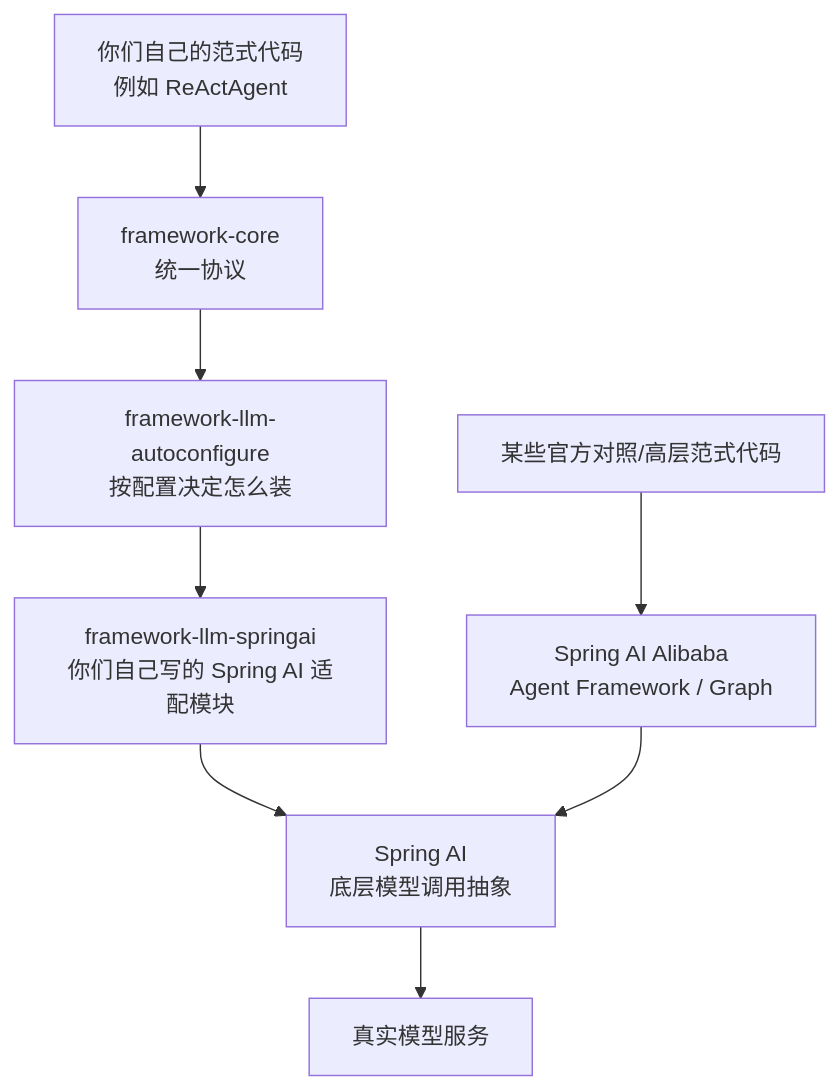
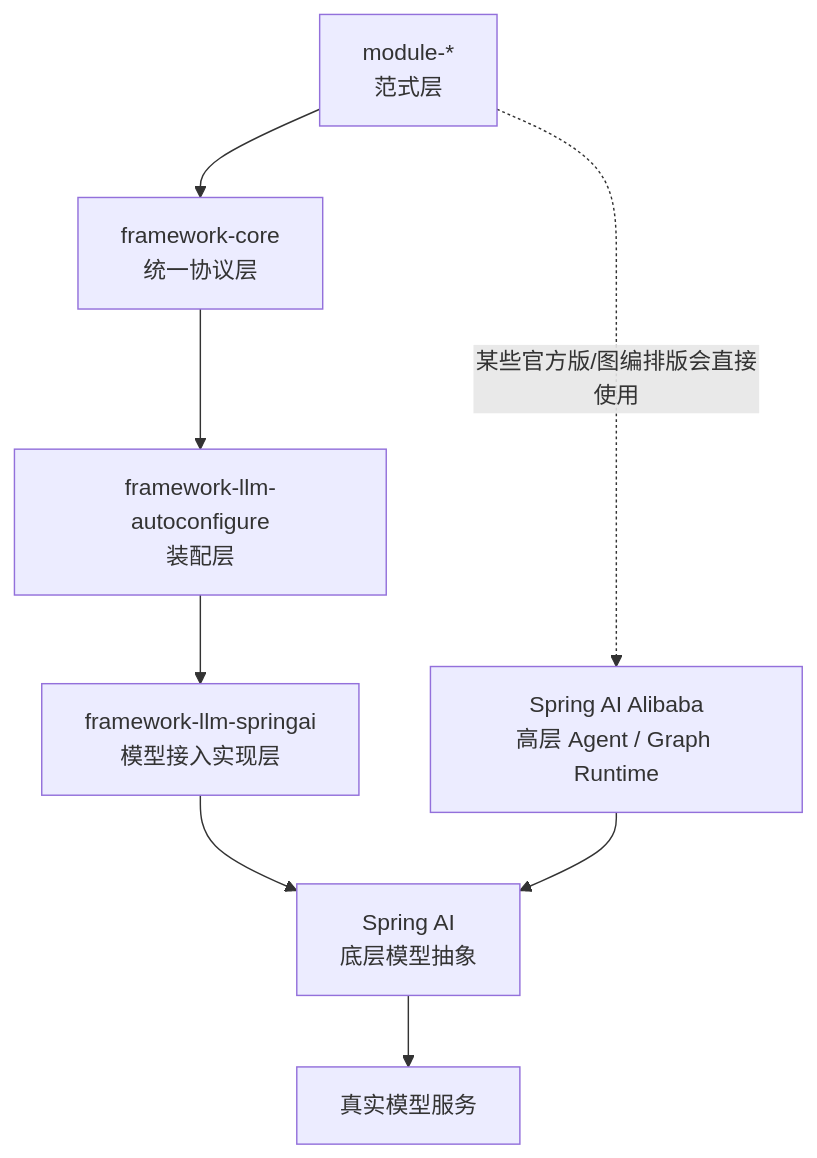
The first of 3 diagrams in docs/项目整体架构导读.md (small-xiexu/agent-learning), drawn with Mermaid before and after one commit. The commit also changed other lines of this file and 6 other files, not shown here.

````diff
--- a/docs/项目整体架构导读.md
+++ b/docs/项目整体架构导读.md
@@ -268,15 +150,14 @@
 ```mermaid
 flowchart TD
-    A[你们自己的范式代码<br/>例如 ReActAgent]
-    B[framework-core<br/>统一协议]
-    C[framework-llm-autoconfigure<br/>按配置决定怎么装]
-    D[framework-llm-springai<br/>你们自己写的 Spring AI 适配模块]
-    E[Spring AI<br/>底层模型调用抽象]
+    A[module-*<br/>范式层]
+    B[framework-core<br/>统一协议层]
+    C[framework-llm-autoconfigure<br/>装配层]
+    D[framework-llm-springai<br/>模型接入实现层]
+    E[Spring AI<br/>底层模型抽象]
     F[真实模型服务]
-
-    G[某些官方对照/高层范式代码]
-    H[Spring AI Alibaba<br/>Agent Framework / Graph]
+    G[Spring AI Alibaba<br/>高层 Agent / Graph Runtime]
 
     A --> B --> C --> D --> E --> F
-    G --> H --> E
+    A -.某些官方版/图编排版会直接使用.-> G
+    G --> E
 ```
````
